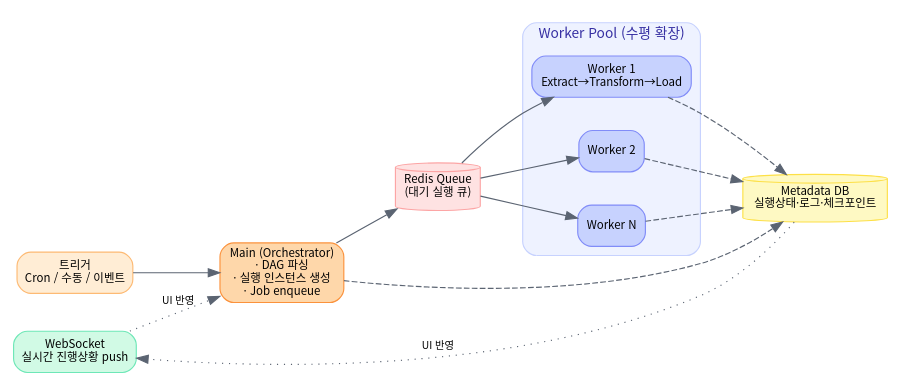
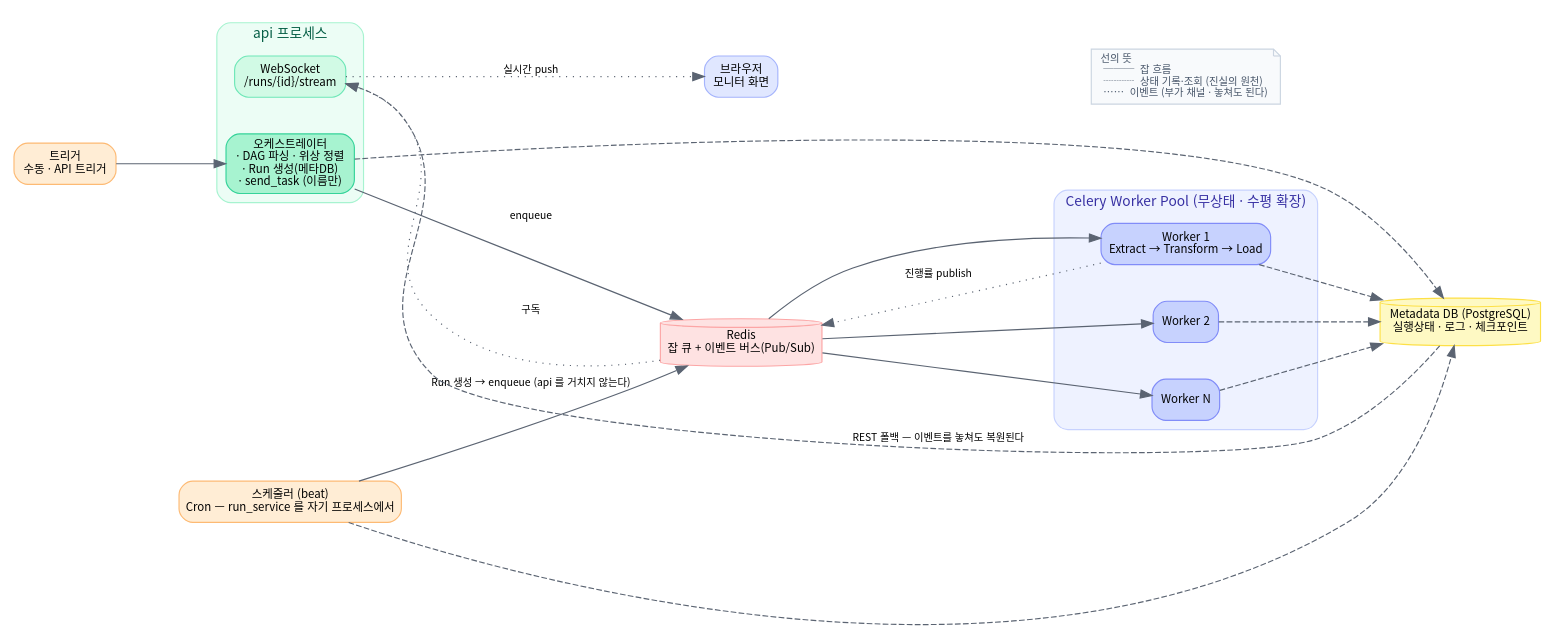
Before and after one commit to SurvivorsStudio/ditter: the diagram in docs/diagrams/d2_pipeline.dot, drawn with Graphviz. The commit also changed 12 other files, not shown here.

```diff
--- a/docs/diagrams/d2_pipeline.dot
+++ b/docs/diagrams/d2_pipeline.dot
@@ -1,26 +1,64 @@
+// 파이프라인 실행 흐름 — 그리고 **상태가 화면에 닿는 두 경로**.
+//
+// 이 그림이 존재하는 이유는 선의 종류다. 예전 그림은 메타DB 에서 WebSocket 으로 화살표를
+// 그렸는데, 그러면 "진행률은 메타DB 를 폴링해서 온다"로 읽힌다. 실제는 반대다 —
+// 워커가 Redis 로 publish 하고 api 의 WebSocket 이 구독해 밀어 준다.
+//
+// 그 구분이 왜 중요한가: 이벤트는 **부가 채널**이고 진실의 원천은 언제나 메타DB 다
+// (services/events.py 도크스트링). 구독자가 없어 이벤트를 놓쳐도 UI 는 REST 로 같은
+// 상태를 복원한다. 둘을 뒤집으면 "이벤트를 놓치면 상태를 잃는다"는 잘못된 그림이 된다.
+//
+// Main (Orchestrator) 는 별도 프로세스가 아니다 (services/run_service.py). 다만 "api 안"으로
+// 뭉뚱그리지 않는다 — 수동·API 트리거는 api 프로세스가, Cron 은 스케줄러(beat) 프로세스가
+// 같은 run_service 코드를 돌려 직접 큐에 넣는다 (eai_worker/scheduler.py). beat 는 api 를
+// 부르지 않으므로 트리거 셋을 한 상자에 묶으면 그 차이가 선에서 지워진다.
+//
+// 다시 그리기: docs/diagrams/README.md
+
 digraph G {
-  rankdir=LR; bgcolor="white";
-  node [fontname="Noto Sans CJK KR", fontsize=10, shape=box, style="rounded,filled"];
-  edge [fontname="Noto Sans CJK KR", fontsize=9, color="#5b6472"];
-  graph [fontname="Noto Sans CJK KR", fontsize=12, nodesep=0.4, ranksep=0.6];
+  rankdir=LR; bgcolor="white"; compound=true;
+  node [fontname="Noto Sans CJK KR,Apple SD Gothic Neo", fontsize=10, shape=box, style="rounded,filled"];
+  edge [fontname="Noto Sans CJK KR,Apple SD Gothic Neo", fontsize=9, color="#5b6472"];
+  graph [fontname="Noto Sans CJK KR,Apple SD Gothic Neo", fontsize=12, nodesep=0.45, ranksep=0.75];
 
-  trigger [label="트리거\nCron / 수동 / 이벤트", fillcolor="#ffedd5", color="#fdba74"];
-  main [label="Main (Orchestrator)\n· DAG 파싱\n· 실행 인스턴스 생성\n· Job enqueue", fillcolor="#fed7aa", color="#fb923c"];
-  redis [label="Redis Queue\n(대기 실행 큐)", shape=cylinder, fillcolor="#fee2e2", color="#fca5a5"];
+  trigger [label="트리거\n수동 · API 트리거", fillcolor="#ffedd5", color="#fdba74"];
+  beat    [label="스케줄러 (beat)\nCron — run_service 를 자기 프로세스에서", fillcolor="#ffedd5", color="#fdba74"];
+
+  subgraph cluster_api {
+    label="api 프로세스"; style="rounded,filled"; fillcolor="#ecfdf5"; color="#a7f3d0"; fontcolor="#065f46"; fontname="Noto Sans CJK KR,Apple SD Gothic Neo";
+    orch [label="오케스트레이터\n· DAG 파싱 · 위상 정렬\n· Run 생성(메타DB)\n· send_task (이름만)", fillcolor="#a7f3d0", color="#34d399"];
+    ws   [label="WebSocket\n/runs/{id}/stream", fillcolor="#d1fae5", color="#6ee7b7"];
+  }
+
+  redis [label="Redis\n잡 큐 + 이벤트 버스(Pub/Sub)", shape=cylinder, fillcolor="#fee2e2", color="#fca5a5"];
 
   subgraph cluster_w {
-    label="Worker Pool (수평 확장)"; style="rounded,filled"; fillcolor="#eef2ff"; color="#c7d2fe"; fontcolor="#3730a3"; fontname="Noto Sans CJK KR";
-    w1 [label="Worker 1\nExtract→Transform→Load", fillcolor="#c7d2fe", color="#818cf8"];
+    label="Celery Worker Pool (무상태 · 수평 확장)"; style="rounded,filled"; fillcolor="#eef2ff"; color="#c7d2fe"; fontcolor="#3730a3"; fontname="Noto Sans CJK KR,Apple SD Gothic Neo";
+    w1 [label="Worker 1\nExtract → Transform → Load", fillcolor="#c7d2fe", color="#818cf8"];
     w2 [label="Worker 2", fillcolor="#c7d2fe", color="#818cf8"];
     w3 [label="Worker N", fillcolor="#c7d2fe", color="#818cf8"];
   }
 
-  meta [label="Metadata DB\n실행상태·로그·체크포인트", shape=cylinder, fillcolor="#fef9c3", color="#fde047"];
-  ws [label="WebSocket\n실시간 진행상황 push", fillcolor="#d1fae5", color="#6ee7b7"];
+  meta    [label="Metadata DB (PostgreSQL)\n실행상태 · 로그 · 체크포인트", shape=cylinder, fillcolor="#fef9c3", color="#fde047"];
+  browser [label="브라우저\n모니터 화면", fillcolor="#e0e7ff", color="#a5b4fc"];
 
-  trigger -> main -> redis;
+  // ── 실선: 잡이 흐르는 길 ──────────────────────────────────────────────
+  trigger -> orch;
+  orch -> redis [label="enqueue"];
+  beat -> redis [label="Run 생성 → enqueue (api 를 거치지 않는다)"];
   redis -> w1; redis -> w2; redis -> w3;
+
+  // ── 파선: 상태를 쓰는 길. 여기가 진실의 원천이다 ──────────────────────
+  orch -> meta [style=dashed]; beat -> meta [style=dashed];
   w1 -> meta [style=dashed]; w2 -> meta [style=dashed]; w3 -> meta [style=dashed];
-  main -> meta [style=dashed];
-  meta -> ws -> main [style=dotted, constraint=false, label="UI 반영"];
+  meta -> ws  [style=dashed, constraint=false, label="REST 폴백 — 이벤트를 놓쳐도 복원된다"];
+
+  // ── 점선: 이벤트가 흐르는 길. 빠르지만 부가 채널이다 ──────────────────
+  w1 -> redis [style=dotted, constraint=false, label="진행률 publish"];
+  redis -> ws [style=dotted, constraint=false, label="구독"];
+  ws -> browser [style=dotted, label="실시간 push"];
+
+  legend [shape=note, style="filled", fillcolor="#f8fafc", color="#cbd5e1", fontsize=9,
+          fontcolor="#475569", label="선의 뜻\l  ───  잡 흐름\l  ┈┈┈  상태 기록·조회 (진실의 원천)\l  ⋯⋯  이벤트 (부가 채널 · 놓쳐도 된다)\l"];
+  browser -> legend [style=invis];
 }
```
